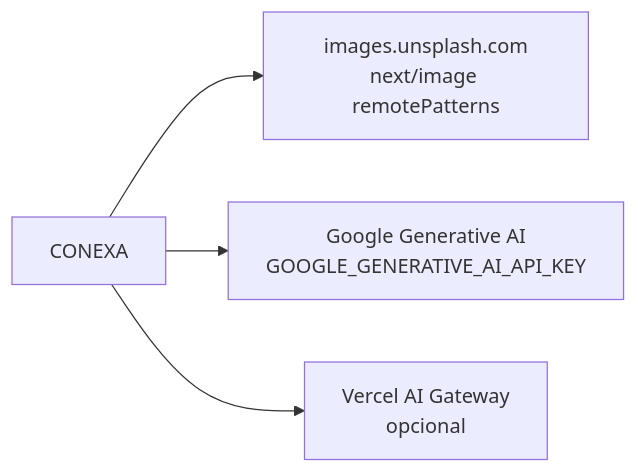
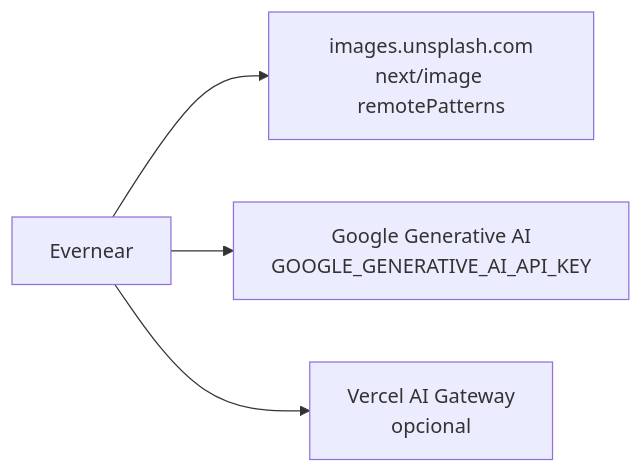
The third of 3 diagrams in docs/arquitectura.md (evernear-ig/evernear-site), drawn with Mermaid before and after one commit. The commit also changed other lines of this file and 264 other files, not shown here.

First line of the commit message:
Rebrand codebase from Trinexus/CONEXA to Evernear.

````diff
--- a/docs/arquitectura.md
+++ b/docs/arquitectura.md
@@ -94,11 +94,11 @@
 ```mermaid
 flowchart LR
-  App["CONEXA"]
+  App["Evernear"]
   Unsplash["images.unsplash.com\nnext/image remotePatterns"]
   Google["Google Generative AI\nGOOGLE_GENERATIVE_AI_API_KEY"]
   Gateway["Vercel AI Gateway\nopcional"]
 
   App --> Unsplash
   App --> Google
   App --> Gateway
 ```
````
